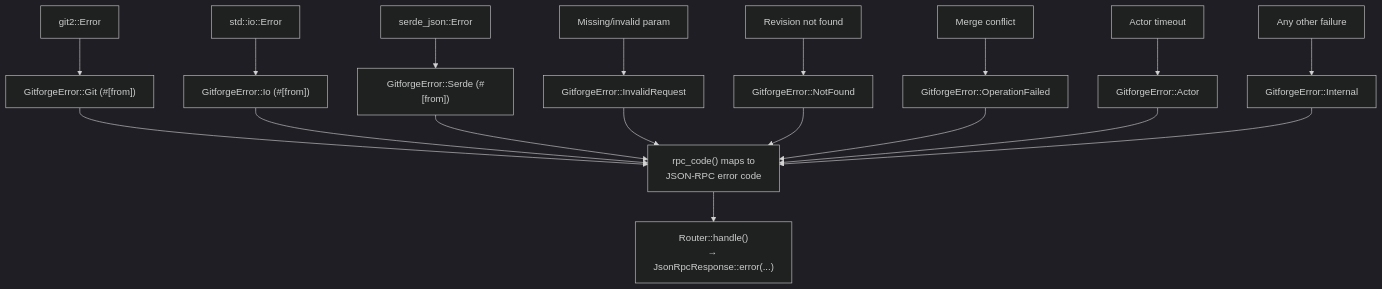
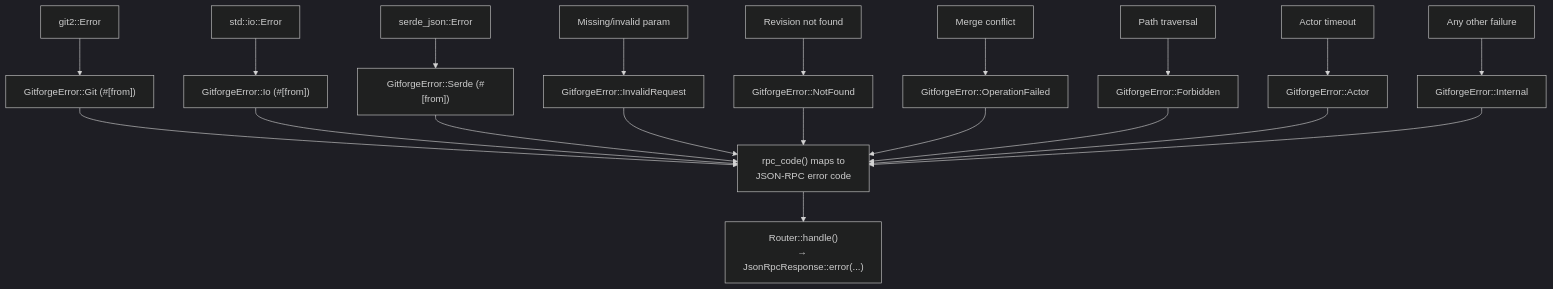
The sixth of 7 diagrams in DEV_IN_DEPTH.md (pritam12426/gitforge), drawn with Mermaid (dark theme) before and after one commit. The commit also changed other lines of this file and 3 other files, not shown here.

````diff
--- a/DEV_IN_DEPTH.md
+++ b/DEV_IN_DEPTH.md
@@ -759,22 +920,24 @@
 ```mermaid
 flowchart TD
     A["git2::Error"] --> B["GitforgeError::Git (#[from])"]
     C["std::io::Error"] --> D["GitforgeError::Io (#[from])"]
     E["serde_json::Error"] --> F["GitforgeError::Serde (#[from])"]
     G["Missing/invalid param"] --> H["GitforgeError::InvalidRequest"]
     I["Revision not found"] --> J["GitforgeError::NotFound"]
     K["Merge conflict"] --> L["GitforgeError::OperationFailed"]
-    M["Actor timeout"] --> N["GitforgeError::Actor"]
-    O["Any other failure"] --> P["GitforgeError::Internal"]
+    M["Path traversal"] --> N["GitforgeError::Forbidden"]
+    O["Actor timeout"] --> P["GitforgeError::Actor"]
+    Q["Any other failure"] --> R["GitforgeError::Internal"]
 
     B --> S["rpc_code() maps to<br/>JSON-RPC error code"]
     D --> S
     F --> S
     H --> S
     J --> S
     L --> S
     N --> S
     P --> S
+    R --> S
 
     S --> T["Router::handle()<br/>→ JsonRpcResponse::error(...)"]
 ```
````
